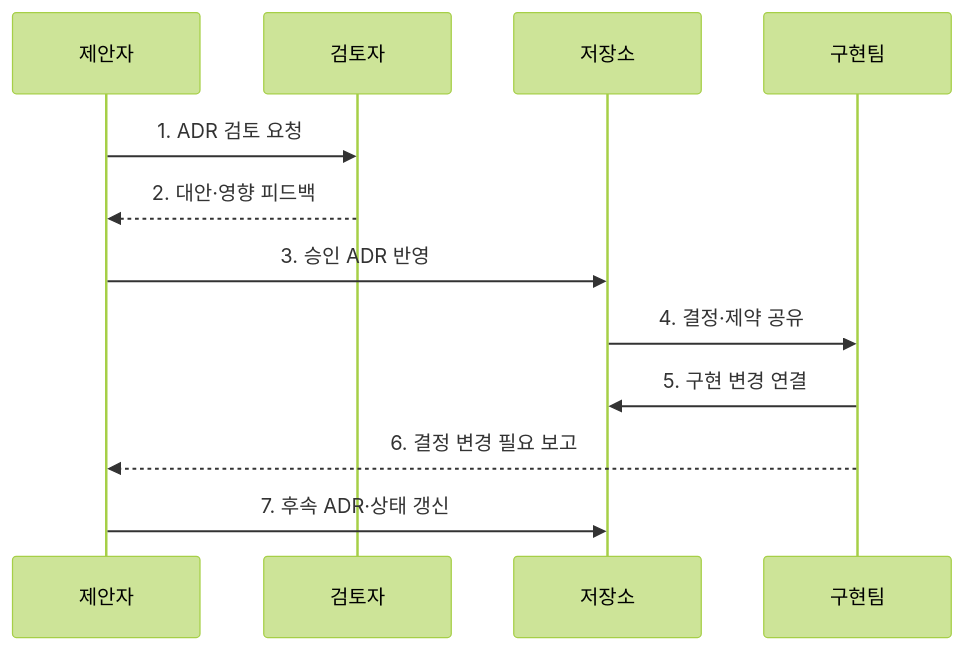
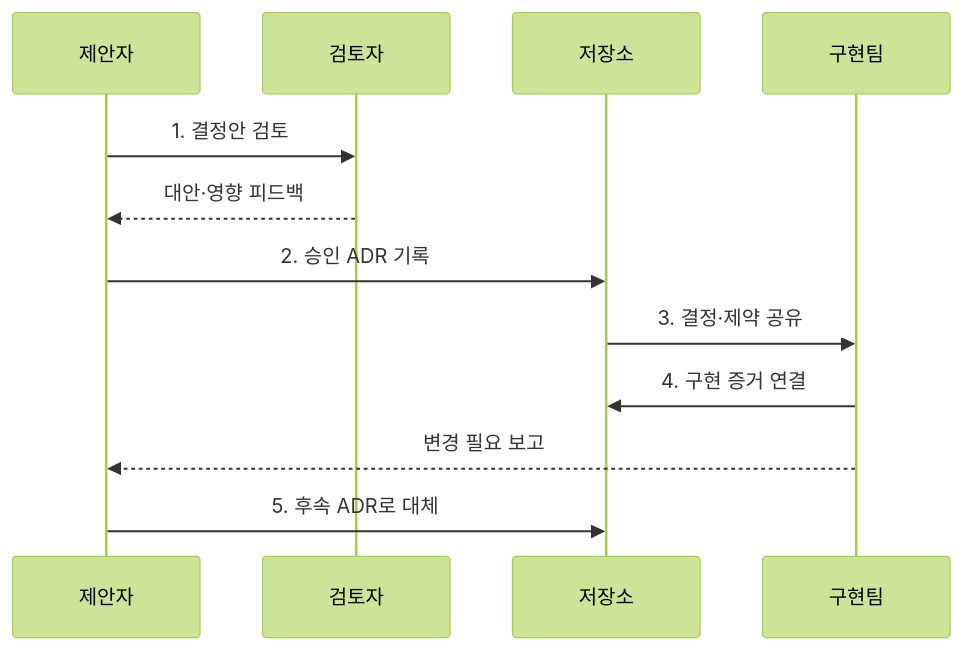
The second of 2 diagrams in src/content/docs/notes/03-software/076_architecture_decision_record.md (agnusdei1207/knowledge-base), drawn with Mermaid (forest theme) before and after one commit. The commit also changed other lines of this file and 238 other files, not shown here.

````diff
--- a/src/content/docs/notes/03-software/076_architecture_decision_record.md
+++ b/src/content/docs/notes/03-software/076_architecture_decision_record.md
@@ -75,14 +75,14 @@
 ```mermaid
 sequenceDiagram
     participant P as 제안자
     participant R as 검토자
     participant V as 저장소
     participant I as 구현팀
-    P->>R: 1. ADR 검토 요청
-    R-->>P: 2. 대안·영향 피드백
-    P->>V: 3. 승인 ADR 반영
-    V->>I: 4. 결정·제약 공유
-    I->>V: 5. 구현 변경 연결
-    I-->>P: 6. 결정 변경 필요 보고
-    P->>V: 7. 후속 ADR·상태 갱신
+    P->>R: 1. 결정안 검토
+    R-->>P: 대안·영향 피드백
+    P->>V: 2. 승인 ADR 기록
+    V->>I: 3. 결정·제약 공유
+    I->>V: 4. 구현 증거 연결
+    I-->>P: 변경 필요 보고
+    P->>V: 5. 후속 ADR로 대체
 ```
````
